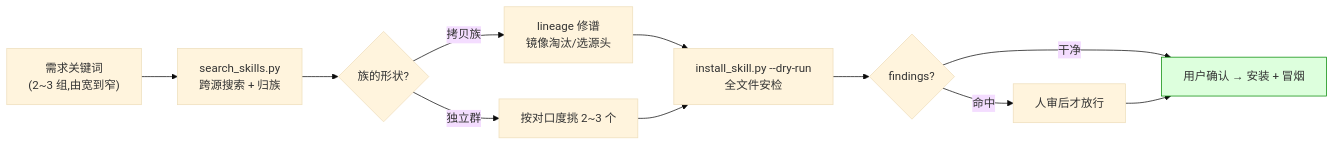
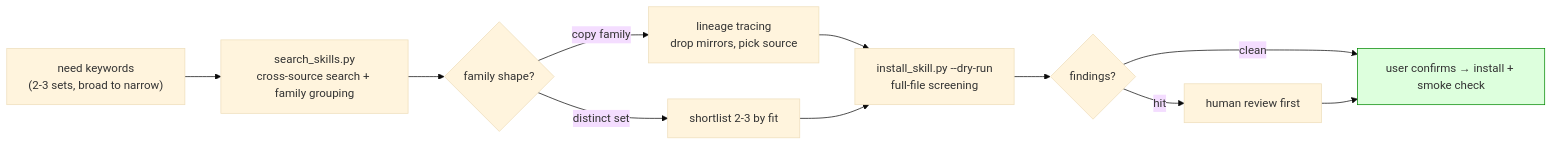
One commit to a28939876-max/world-aid changed the diagram in README.md. Above: the diagram before and after it, drawn with Mermaid (base theme). The commit also changed other lines of this file and 2 other files, not shown here.

Commit message:
README to English-primary; Chinese moved to README.zh-CN.md (sibling-consistent with skill-lineage)

````diff
--- a/README.md
+++ b/README.md
@@ -90,14 +108,14 @@
 ```mermaid
 flowchart LR
-    A["需求关键词<br/>(2~3 组,由宽到窄)"] --> B["search_skills.py<br/>跨源搜索 + 归族"]
-    B --> C{"族的形状?"}
-    C -- "拷贝族" --> D["lineage 修谱<br/>镜像淘汰/选源头"]
-    C -- "独立群" --> E["按对口度挑 2~3 个"]
-    D --> F["install_skill.py --dry-run<br/>全文件安检"]
+    A["need keywords<br/>(2-3 sets, broad to narrow)"] --> B["search_skills.py<br/>cross-source search + family grouping"]
+    B --> C{"family shape?"}
+    C -- "copy family" --> D["lineage tracing<br/>drop mirrors, pick source"]
+    C -- "distinct set" --> E["shortlist 2-3 by fit"]
+    D --> F["install_skill.py --dry-run<br/>full-file screening"]
     E --> F
     F --> G{"findings?"}
-    G -- "命中" --> H["人审后才放行"]
-    G -- "干净" --> I["用户确认 → 安装 + 冒烟"]
+    G -- "hit" --> H["human review first"]
+    G -- "clean" --> I["user confirms → install + smoke check"]
     H --> I
     style I fill:#dfd,stroke:#080
 ```
````
